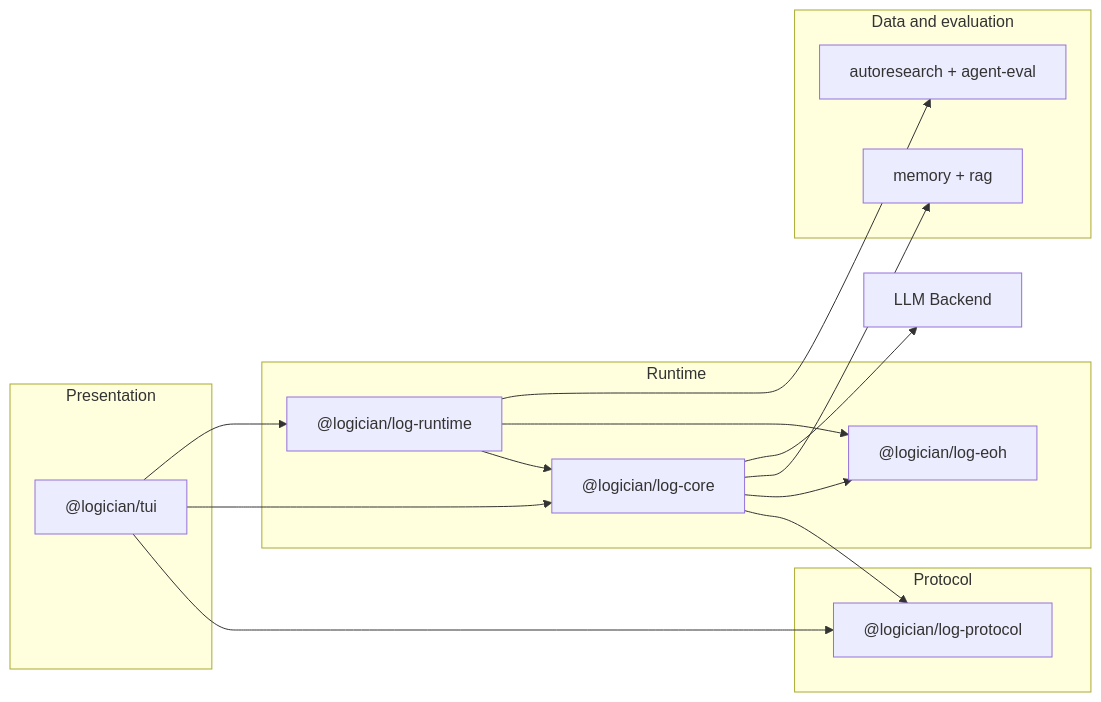
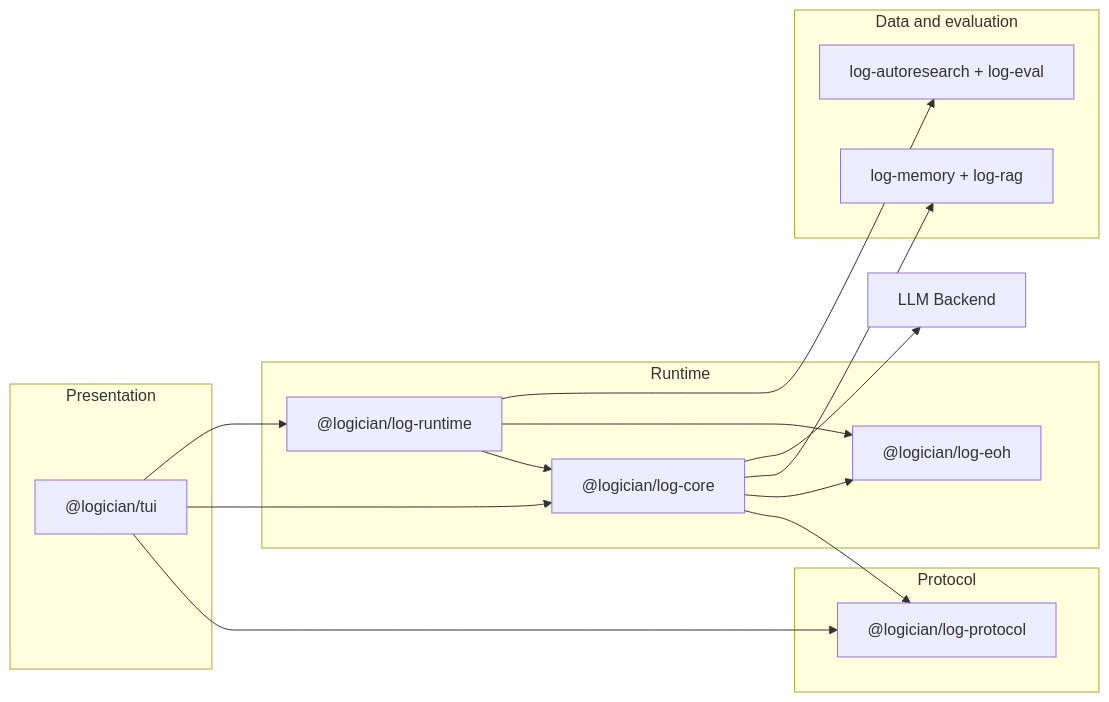
The first of 2 diagrams in docs/architecture/overview.md (lseman/logician), drawn with Mermaid before and after one commit. The commit also changed other lines of this file and 13 other files, not shown here.

First line of the commit message:
docs: update docs and architecture site for log-* package rename

````diff
--- a/docs/architecture/overview.md
+++ b/docs/architecture/overview.md
@@ -12,28 +12,28 @@
 ```mermaid
 graph LR
   subgraph Presentation
     A["@logician/tui"]
   end
   subgraph Protocol
     P["@logician/log-protocol"]
   end
   subgraph Runtime
     C["@logician/log-core"]
     D["@logician/log-runtime"]
     H["@logician/log-eoh"]
   end
   subgraph DataAndEvaluation["Data and evaluation"]
-    M["memory + rag"]
-    E["autoresearch + agent-eval"]
+    M["log-memory + log-rag"]
+    E["log-autoresearch + log-eval"]
   end
   A --> P
   A --> C
   C --> P
   D --> C
   D --> H
   C --> H
   A --> D
   C --> M
   D --> E
   C --> L[LLM Backend]
 ```
````
